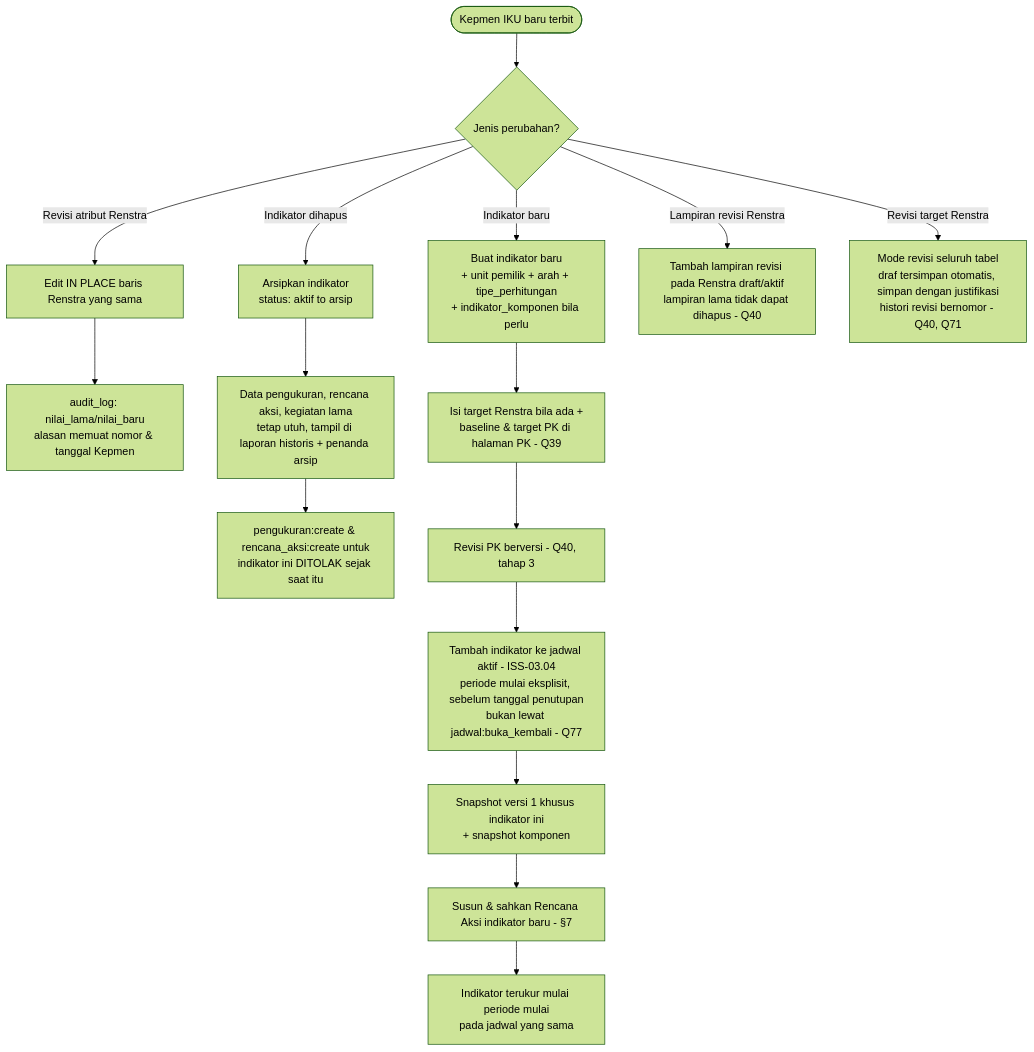
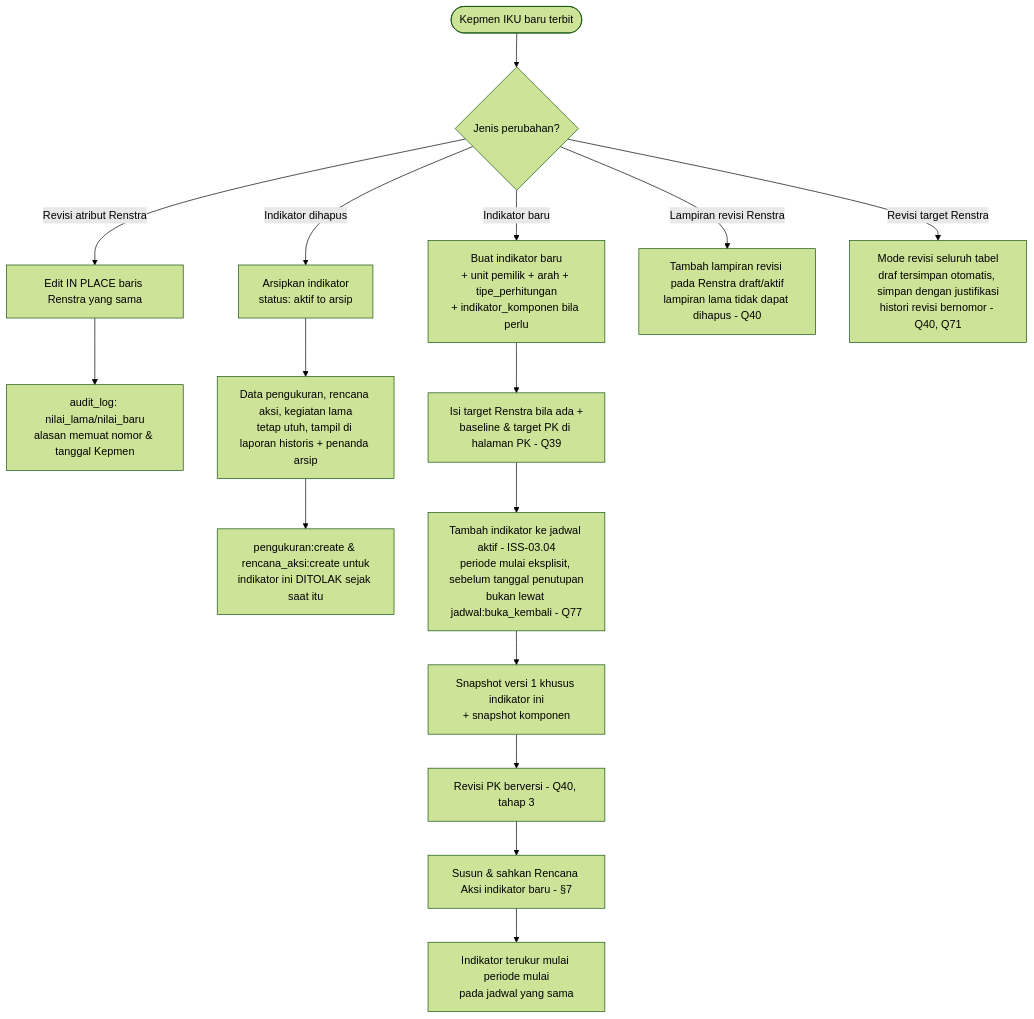
Before and after one commit to LLDIKTI-XVI-TEAM/SAKIP: diagram 14 of 21 in document/SAKIP - Workflow.md, drawn with Mermaid (forest theme). The commit also changed other lines of this file and 7 other files, not shown here.

First line of the commit message:
docs: catat keputusan Q85 dan selaraskan dokumen revisi PK berversi

````diff
--- a/document/SAKIP - Workflow.md
+++ b/document/SAKIP - Workflow.md
@@ -1709,21 +1714,21 @@
 ```mermaid
 flowchart TD
     A([Kepmen IKU baru terbit]) --> B{Jenis perubahan?}
     B -- Revisi atribut Renstra --> C[Edit IN PLACE baris Renstra yang sama]
     C --> D[audit_log: nilai_lama/nilai_baru\nalasan memuat nomor & tanggal Kepmen]
 
     B -- Indikator dihapus --> E[Arsipkan indikator\nstatus: aktif to arsip]
     E --> F[Data pengukuran, rencana aksi, kegiatan lama\ntetap utuh, tampil di laporan historis + penanda arsip]
     F --> G[pengukuran:create & rencana_aksi:create untuk\nindikator ini DITOLAK sejak saat itu]
 
     B -- Indikator baru --> H[Buat indikator baru\n+ unit pemilik + arah + tipe_perhitungan\n+ indikator_komponen bila perlu]
     H --> I[Isi target Renstra bila ada +\nbaseline & target PK di halaman PK - Q39]
-    I --> J[Revisi PK berversi - Q40, tahap 3]
-    J --> K[Tambah indikator ke jadwal aktif - ISS-03.04\nperiode mulai eksplisit, sebelum tanggal penutupan\nbukan lewat jadwal:buka_kembali - Q77]
+    I --> K[Tambah indikator ke jadwal aktif - ISS-03.04\nperiode mulai eksplisit, sebelum tanggal penutupan\nbukan lewat jadwal:buka_kembali - Q77]
     K --> L[Snapshot versi 1 khusus indikator ini\n+ snapshot komponen]
-    L --> M[Susun & sahkan Rencana Aksi indikator baru - §7]
+    L --> J[Revisi PK berversi - Q40, tahap 3]
+    J --> M[Susun & sahkan Rencana Aksi indikator baru - §7]
     M --> N[Indikator terukur mulai periode mulai\npada jadwal yang sama]
 
     B -- Lampiran revisi Renstra --> R1[Tambah lampiran revisi pada Renstra draft/aktif\nlampiran lama tidak dapat dihapus - Q40]
     B -- Revisi target Renstra --> R2[Mode revisi seluruh tabel\ndraf tersimpan otomatis, simpan dengan justifikasi\nhistori revisi bernomor - Q40, Q71]
 ```
````
